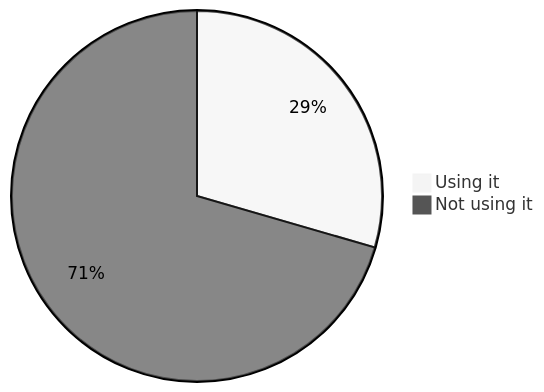
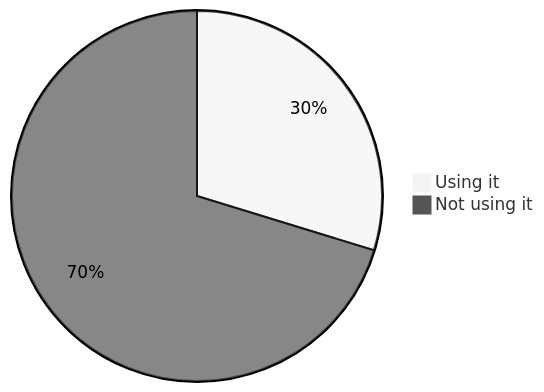
Before and after one commit to oshp/oshp-stats: diagram 16 of 22 in stats.md, drawn with Mermaid (neutral theme). The commit also changed other lines of this file, not shown here.

````diff
--- a/stats.md
+++ b/stats.md
@@ -190,6 +190,6 @@
 ```mermaid
 pie
-	"Using it" : 29.48
-	"Not using it" : 70.52
+	"Using it" : 29.74
+	"Not using it" : 70.26
 
 ```
````
